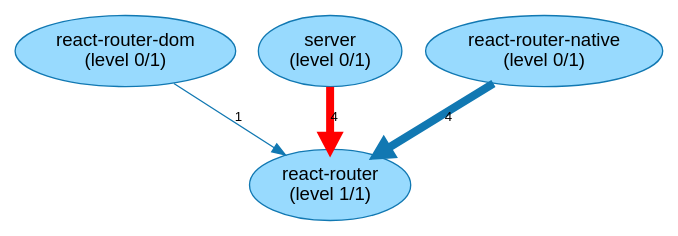
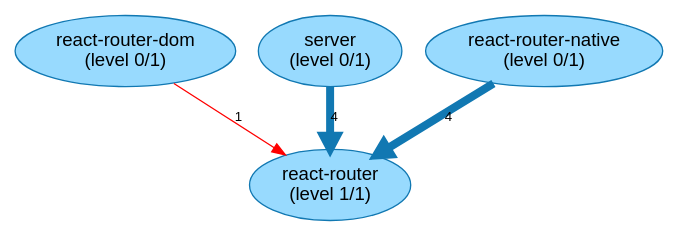
Before and after one commit to JohT/code-graph-analysis-pipeline: the diagram in results/react-router-6.28.1/path-finding-visualization/TypeScriptModuleLongestPaths.gv, drawn with Graphviz. The commit also changed 43 other files, not shown here.

```diff
--- a/results/react-router-6.28.1/path-finding-visualization/TypeScriptModuleLongestPaths.gv
+++ b/results/react-router-6.28.1/path-finding-visualization/TypeScriptModuleLongestPaths.gv
@@ -1,13 +1,13 @@
 // This GraphViz dot file was generated by the script convertQueryResultCsvToGraphVizDotFile.sh with default.template
 
 strict digraph TypeScriptModuleLongestPaths {
     fontname = "Helvetica,Arial,sans-serif";
     node [fontname = "Helvetica,Arial,sans-serif";];
     edge [fontname = "Helvetica,Arial,sans-serif"; fontsize = 10;];
     node [style = filled; fillcolor = "0.560 0.400 0.999";];
     node [color = "0.560 0.900 0.700";];
     edge [color = "0.560 0.900 0.700";];
-	"react-router-dom\n(level 0/1)" -> "react-router\n(level 1/1)" [label=1; penwidth=1.0; ];
-	"server\n(level 0/1)" -> "react-router\n(level 1/1)" [label=4; penwidth=6.0; color="red"; ];
+	"react-router-dom\n(level 0/1)" -> "react-router\n(level 1/1)" [label=1; penwidth=1.0; color="red"; ];
+	"server\n(level 0/1)" -> "react-router\n(level 1/1)" [label=4; penwidth=6.0; ];
 	"react-router-native\n(level 0/1)" -> "react-router\n(level 1/1)" [label=4; penwidth=6.0; ];
 }
```
